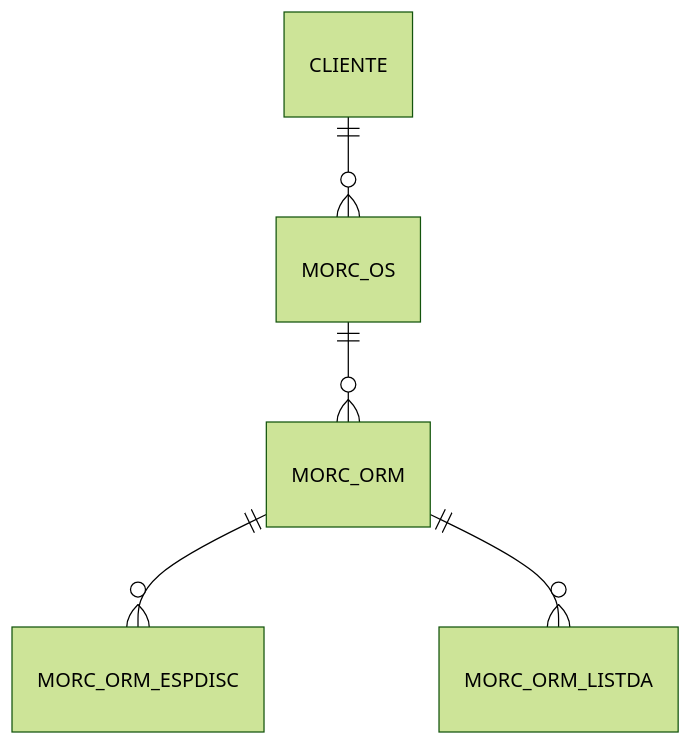
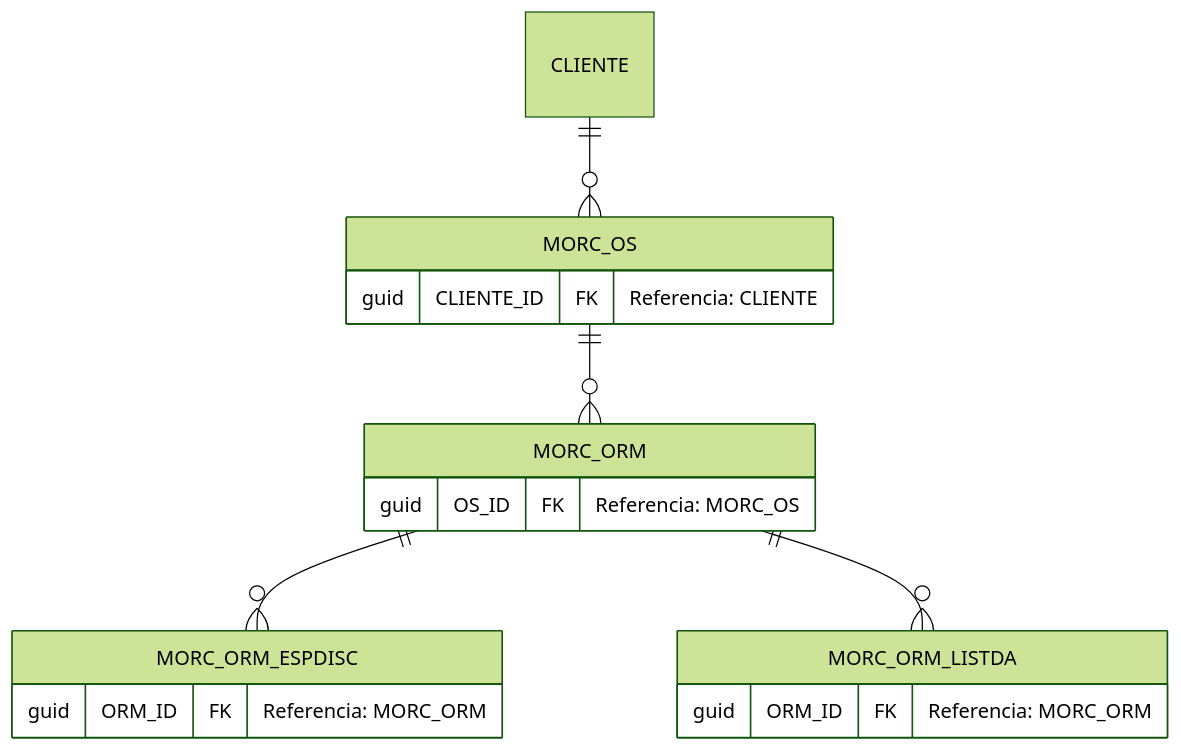
The second of 2 diagrams in requisitos/importacao-planilha-documentos-atividades.md (paulobls/blossom), drawn with Mermaid (forest theme) before and after one commit. The commit also changed other lines of this file, not shown here.

````diff
--- a/requisitos/importacao-planilha-documentos-atividades.md
+++ b/requisitos/importacao-planilha-documentos-atividades.md
@@ -75,7 +79,23 @@
 ```mermaid
 erDiagram
     CLIENTE ||--o{ MORC_OS : ""
     MORC_OS ||--o{ MORC_ORM : ""
     MORC_ORM ||--o{ MORC_ORM_ESPDISC : ""
     MORC_ORM ||--o{ MORC_ORM_LISTDA : ""
+
+    MORC_OS {
+      guid CLIENTE_ID FK "Referencia: CLIENTE"
+    }
+
+    MORC_ORM {
+      guid OS_ID FK "Referencia: MORC_OS"
+    }
+
+    MORC_ORM_ESPDISC {
+      guid ORM_ID FK "Referencia: MORC_ORM"
+    }
+
+    MORC_ORM_LISTDA {
+      guid ORM_ID FK "Referencia: MORC_ORM"
+    }
 ```
````
